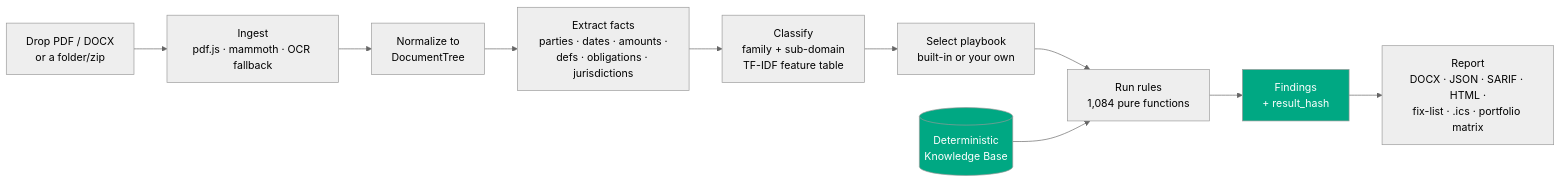
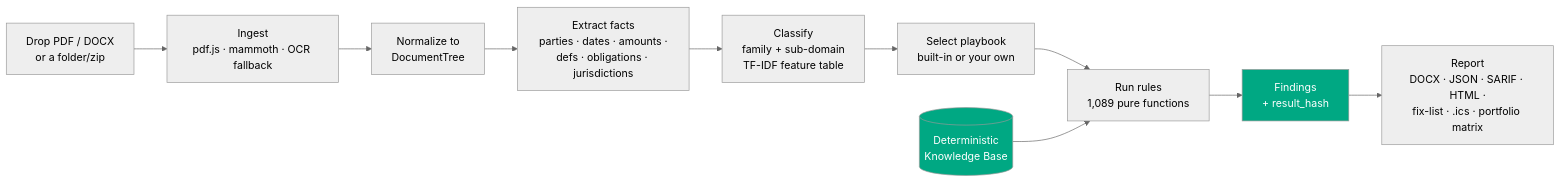
The first of 11 diagrams in README.md (clay-good/vaulytica), drawn with Mermaid (neutral theme) before and after one commit. The commit also changed other lines of this file and 98 other files, not shown here.

````diff
--- a/README.md
+++ b/README.md
@@ -27,14 +27,14 @@
 ```mermaid
 flowchart LR
   A[Drop PDF / DOCX<br/>or a folder/zip] --> B[Ingest<br/>pdf.js · mammoth · OCR fallback]
   B --> C[Normalize to<br/>DocumentTree]
   C --> D[Extract facts<br/>parties · dates · amounts ·<br/>defs · obligations · jurisdictions]
   D --> E[Classify<br/>family + sub-domain<br/>TF-IDF feature table]
   E --> F[Select playbook<br/>built-in or your own]
-  F --> G[Run rules<br/>1,084 pure functions]
+  F --> G[Run rules<br/>1,089 pure functions]
   G --> H[Findings<br/>+ result_hash]
   H --> I[Report<br/>DOCX · JSON · SARIF · HTML ·<br/>fix-list · .ics · portfolio matrix]
   K[(Deterministic<br/>Knowledge Base)] --> G
   style K fill:#00A883,color:#fff
   style H fill:#00A883,color:#fff
 ```
````
